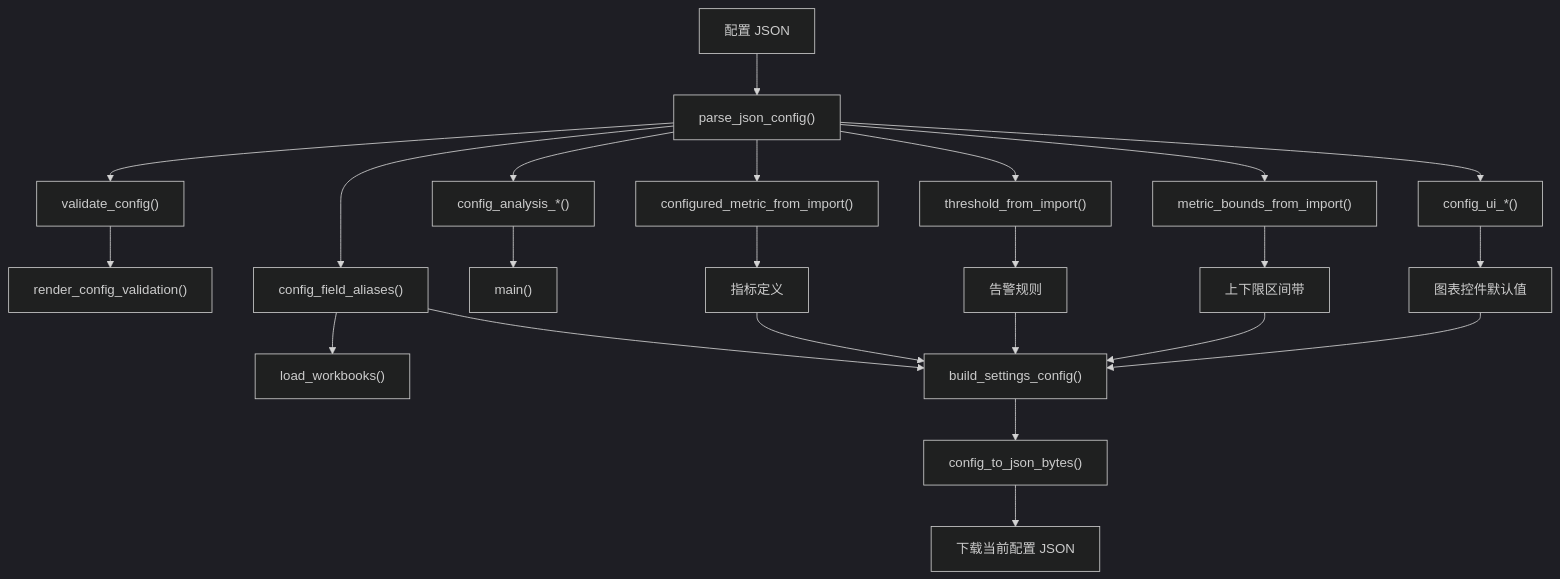
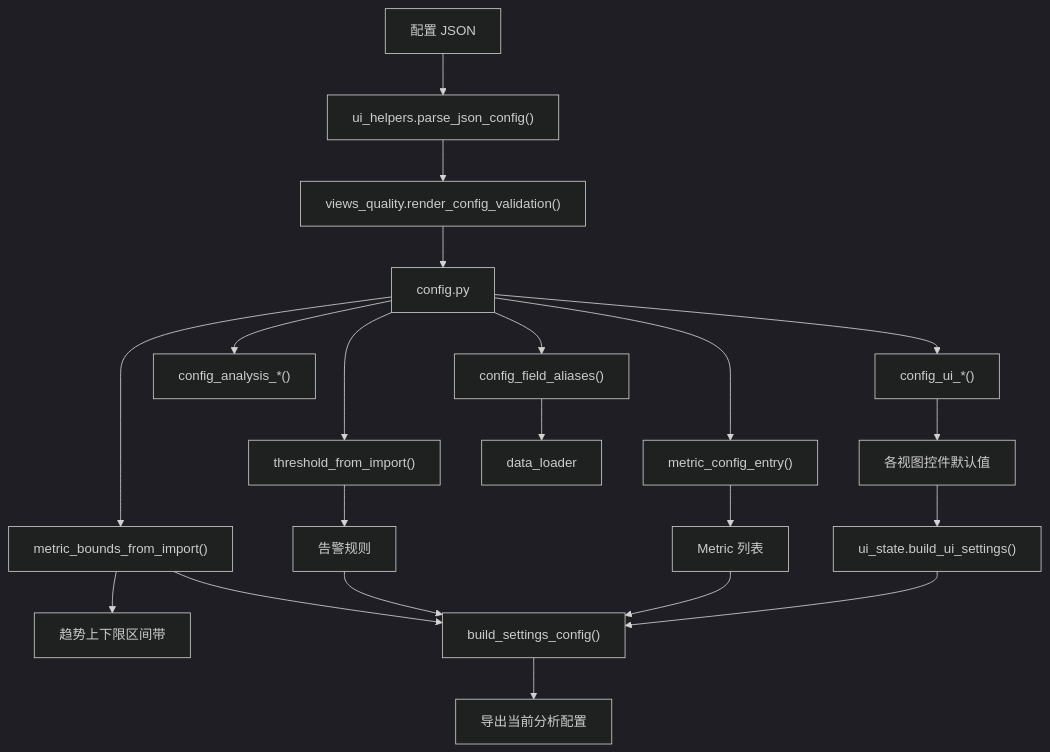
One commit to EthanCheung-gh/perf-analyzer changed the fourth of 9 diagrams in docs/code-map.md. Above: the diagram before and after it, drawn with Mermaid (dark theme). The commit also changed other lines of this file, not shown here.

Commit message:
docs: update code map for modular architecture

````diff
--- a/docs/code-map.md
+++ b/docs/code-map.md
@@ -92,28 +129,26 @@
 ```mermaid
 flowchart TD
-    JsonFile["配置 JSON"] --> Parse["parse_json_config()"]
-    Parse --> Validate["validate_config()"]
-    Validate --> UIWarn["render_config_validation()"]
+    ConfigFile["配置 JSON"] --> Parse["ui_helpers.parse_json_config()"]
+    Parse --> Validate["views_quality.render_config_validation()"]
+    Validate --> ConfigCore["config.py"]
 
-    Parse --> Fields["config_field_aliases()"]
-    Parse --> Analysis["config_analysis_*()"]
-    Parse --> Metrics["configured_metric_from_import()"]
-    Parse --> Thresholds["threshold_from_import()"]
-    Parse --> Bounds["metric_bounds_from_import()"]
-    Parse --> UI["config_ui_*()"]
+    ConfigCore --> Fields["config_field_aliases()"]
+    ConfigCore --> AnalysisCfg["config_analysis_*()"]
+    ConfigCore --> MetricCfg["metric_config_entry()"]
+    ConfigCore --> Thresholds["threshold_from_import()"]
+    ConfigCore --> Bounds["metric_bounds_from_import()"]
+    ConfigCore --> UIConfig["config_ui_*()"]
 
-    Fields --> Load["load_workbooks()"]
-    Analysis --> Main["main()"]
-    Metrics --> MetricList["指标定义"]
-    Thresholds --> AlertRules["告警规则"]
-    Bounds --> BandRules["上下限区间带"]
-    UI --> RenderOptions["图表控件默认值"]
+    Fields --> Loader["data_loader"]
+    MetricCfg --> Metrics["Metric 列表"]
+    Thresholds --> Alerts["告警规则"]
+    Bounds --> TrendBand["趋势上下限区间带"]
+    UIConfig --> ViewDefaults["各视图控件默认值"]
 
-    RenderOptions --> BuildConfig["build_settings_config()"]
-    AlertRules --> BuildConfig
-    BandRules --> BuildConfig
-    MetricList --> BuildConfig
-    Fields --> BuildConfig
-    BuildConfig --> ConfigBytes["config_to_json_bytes()"]
-    ConfigBytes --> Download["下载当前配置 JSON"]
+    ViewDefaults --> UIState["ui_state.build_ui_settings()"]
+    UIState --> BuildSettings["build_settings_config()"]
+    Metrics --> BuildSettings
+    Alerts --> BuildSettings
+    Bounds --> BuildSettings
+    BuildSettings --> Download["导出当前分析配置"]
 ```
````
